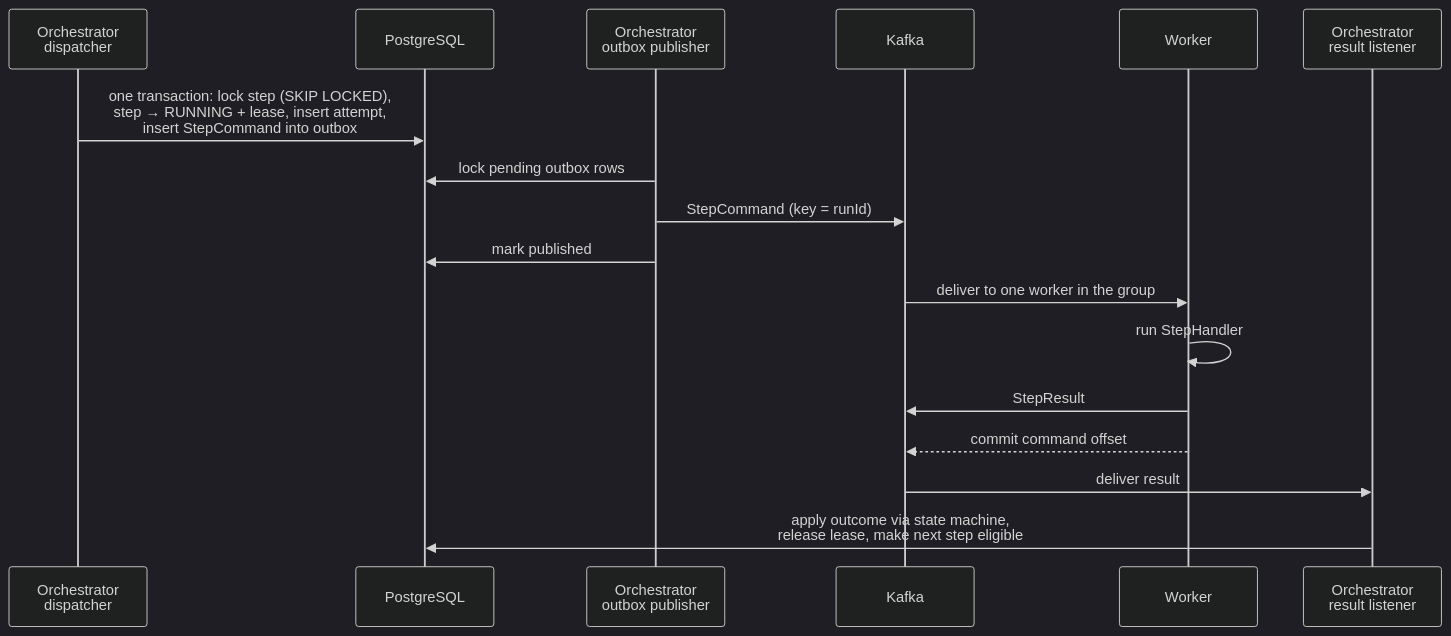
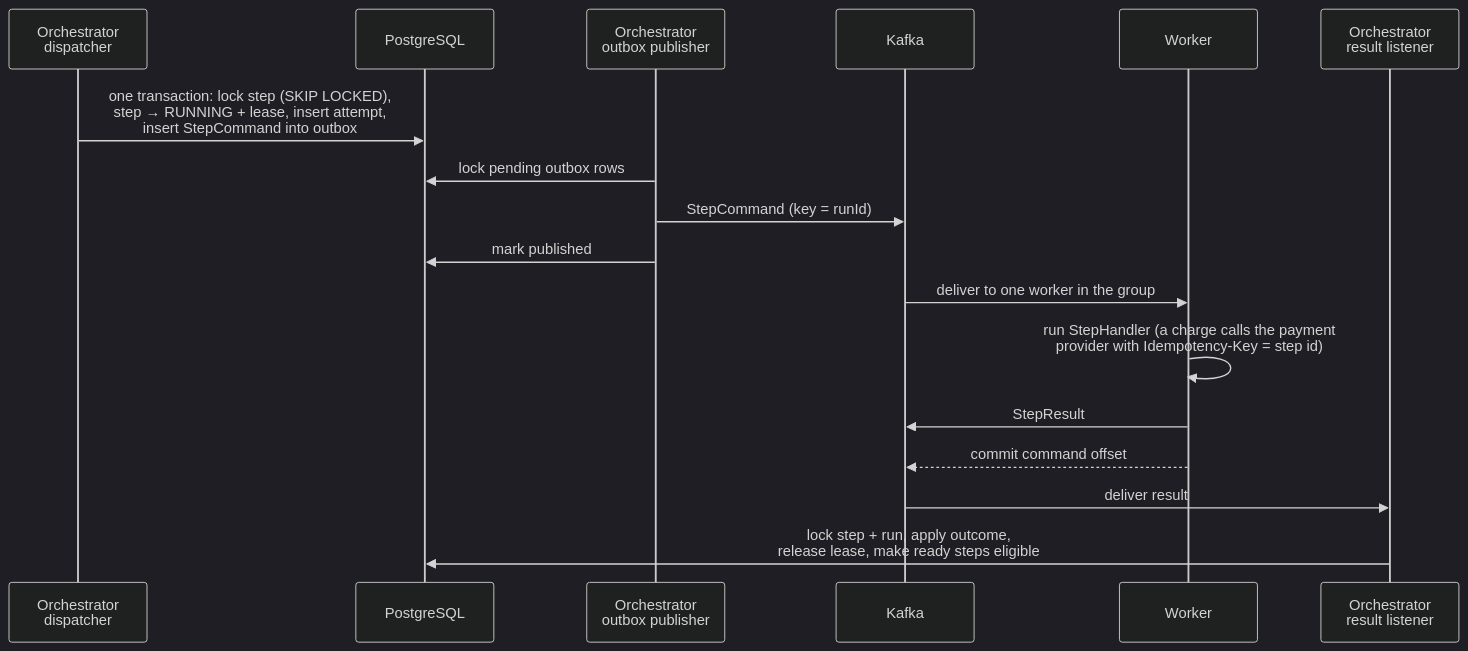
The second of 2 diagrams in README.md (LouayChayeb/flowforge), drawn with Mermaid (dark theme) before and after one commit. The commit also changed other lines of this file and 5 other files, not shown here.

````diff
--- a/README.md
+++ b/README.md
@@ -150,19 +156,19 @@
 ```mermaid
 sequenceDiagram
     participant D as Orchestrator<br/>dispatcher
     participant DB as PostgreSQL
     participant P as Orchestrator<br/>outbox publisher
     participant K as Kafka
     participant W as Worker
     participant L as Orchestrator<br/>result listener
     D->>DB: one transaction: lock step (SKIP LOCKED),<br/>step → RUNNING + lease, insert attempt,<br/>insert StepCommand into outbox
     P->>DB: lock pending outbox rows
     P->>K: StepCommand (key = runId)
     P->>DB: mark published
     K->>W: deliver to one worker in the group
-    W->>W: run StepHandler
+    W->>W: run StepHandler (a charge calls the payment<br/>provider with Idempotency-Key = step id)
     W->>K: StepResult
     W-->>K: commit command offset
     K->>L: deliver result
-    L->>DB: apply outcome via state machine,<br/>release lease, make next step eligible
+    L->>DB: lock step + run, apply outcome,<br/>release lease, make ready steps eligible
 ```
````
